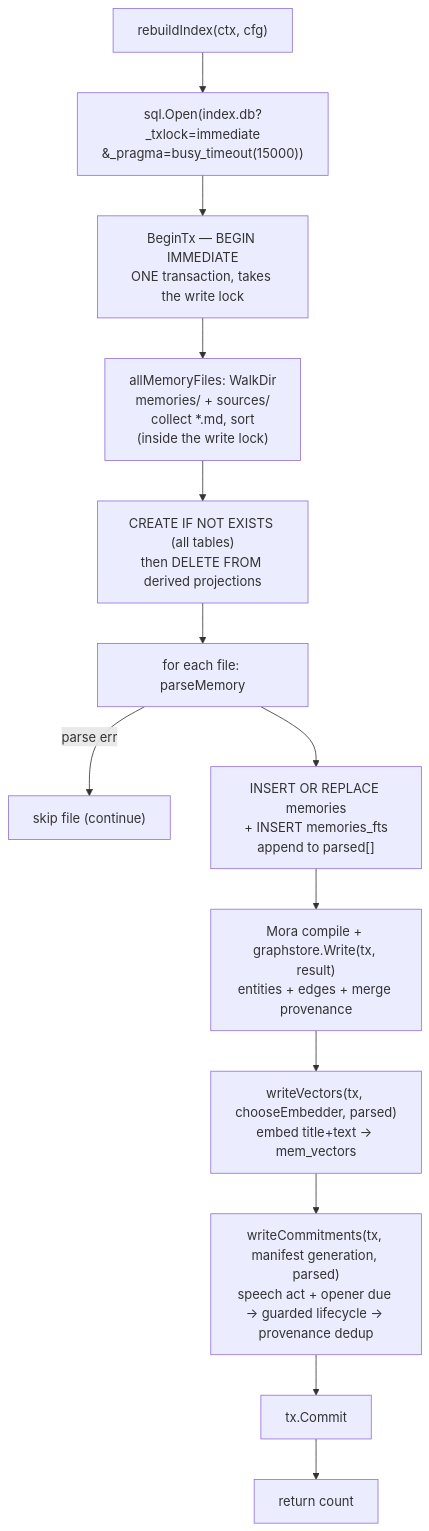
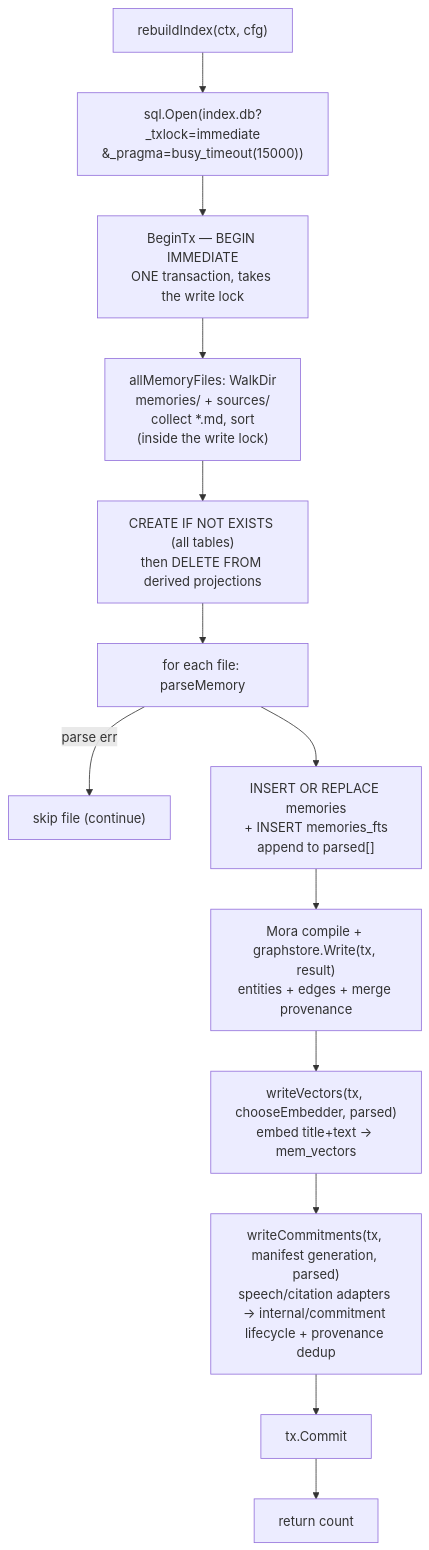
One commit to pyranthus-hq/mora changed the fourth of 4 diagrams in docs/architecture/01-data-model-and-storage.md. Above: the diagram before and after it, drawn with Mermaid. The commit also changed other lines of this file and 6 other files, not shown here.

Commit message:
refactor(commitment): extract lifecycle projections

````diff
--- a/docs/architecture/01-data-model-and-storage.md
+++ b/docs/architecture/01-data-model-and-storage.md
@@ -264,15 +266,15 @@
 ```mermaid
 flowchart TD
     START["rebuildIndex(ctx, cfg)"] --> OPEN["sql.Open(index.db?_txlock=immediate<br/>&_pragma=busy_timeout(15000))"]
     OPEN --> TX["BeginTx — BEGIN IMMEDIATE<br/>ONE transaction, takes the write lock"]
     TX --> WALK["allMemoryFiles: WalkDir<br/>memories/ + sources/<br/>collect *.md, sort<br/>(inside the write lock)"]
     WALK --> DDL["CREATE IF NOT EXISTS (all tables)<br/>then DELETE FROM derived projections"]
     DDL --> LOOP["for each file: parseMemory"]
     LOOP -->|"parse err"| SKIPF["skip file (continue)"]
     LOOP --> INS["INSERT OR REPLACE memories<br/>+ INSERT memories_fts<br/>append to parsed[]"]
     INS --> GRAPH["Mora compile + graphstore.Write(tx, result)<br/>entities + edges + merge provenance"]
     GRAPH --> VEC["writeVectors(tx, chooseEmbedder, parsed)<br/>embed title+text → mem_vectors"]
-    VEC --> OBL["writeCommitments(tx, manifest generation, parsed)<br/>speech act + opener due → guarded lifecycle → provenance dedup"]
+    VEC --> OBL["writeCommitments(tx, manifest generation, parsed)<br/>speech/citation adapters → internal/commitment lifecycle + provenance dedup"]
     OBL --> COMMIT["tx.Commit"]
     COMMIT --> N["return count"]
 ```
````
